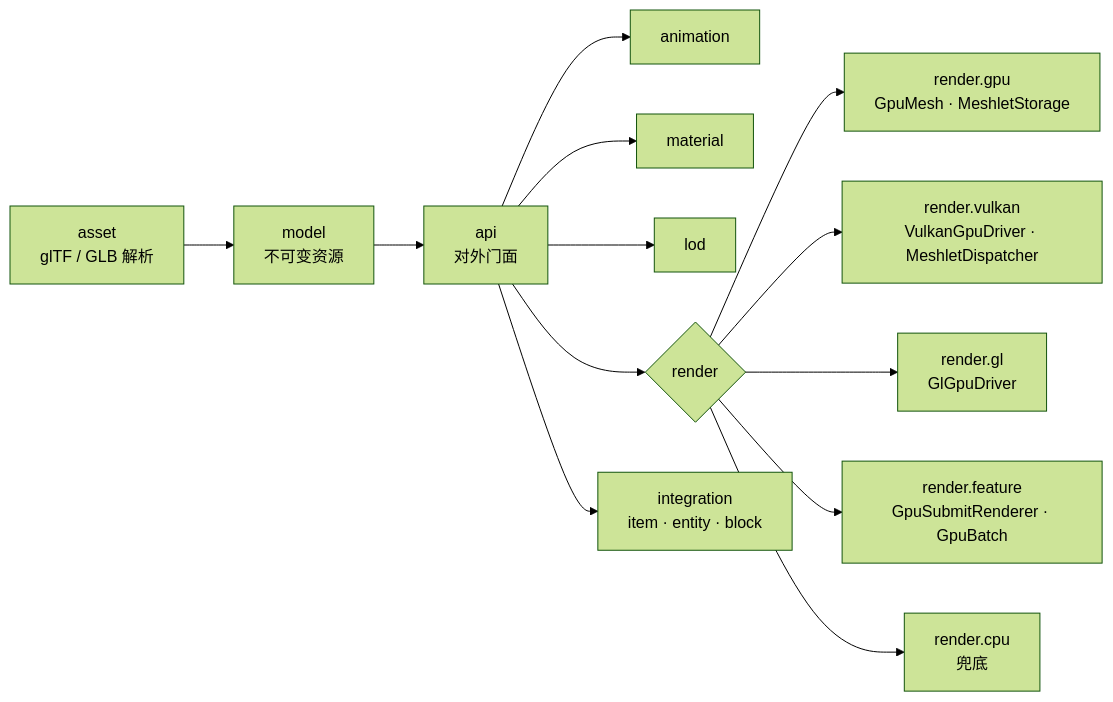
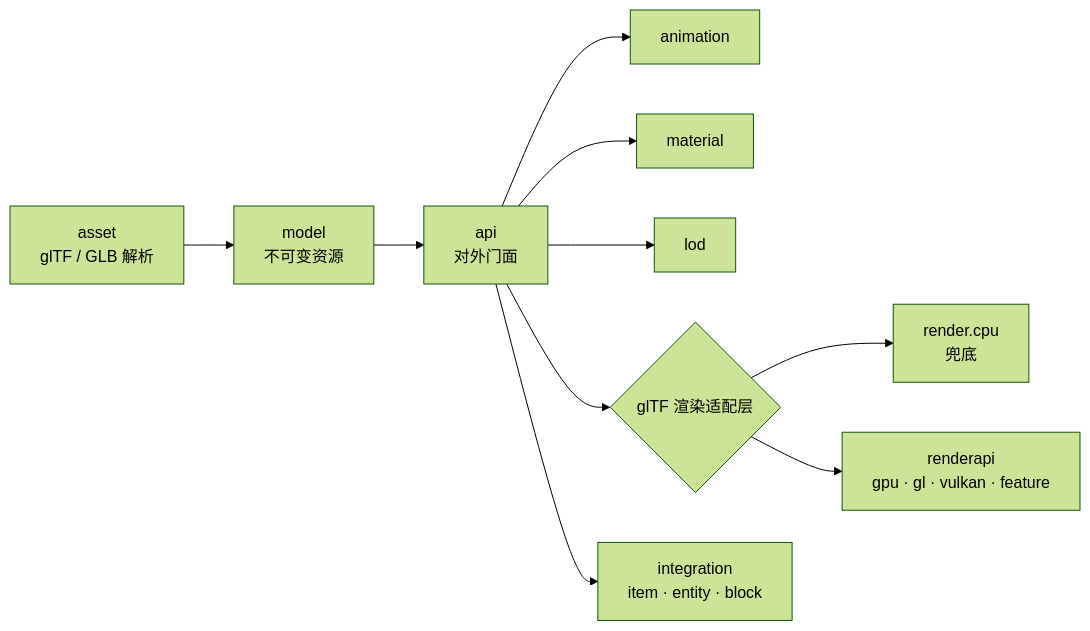
Before and after one commit to Micheanl/libglTF: the diagram in README.zh-CN.md, drawn with Mermaid (forest theme). The commit also changed other lines of this file and 84 other files, not shown here.

````diff
--- a/README.zh-CN.md
+++ b/README.zh-CN.md
@@ -131,15 +162,12 @@
 ```mermaid
 flowchart LR
     A["asset<br/>glTF / GLB 解析"] --> M["model<br/>不可变资源"]
     M --> API["api<br/>对外门面"]
     API --> AN["animation"]
     API --> MAT["material"]
     API --> LOD["lod"]
-    API --> R{"render"}
-    R --> GPU["render.gpu<br/>GpuMesh · MeshletStorage"]
-    R --> VK["render.vulkan<br/>VulkanGpuDriver · MeshletDispatcher"]
-    R --> GL["render.gl<br/>GlGpuDriver"]
-    R --> F["render.feature<br/>GpuSubmitRenderer · GpuBatch"]
+    API --> R{"glTF 渲染适配层"}
     R --> CPU["render.cpu<br/>兜底"]
+    R --> RA["renderapi<br/>gpu · gl · vulkan · feature"]
     API --> INT["integration<br/>item · entity · block"]
 ```
````
